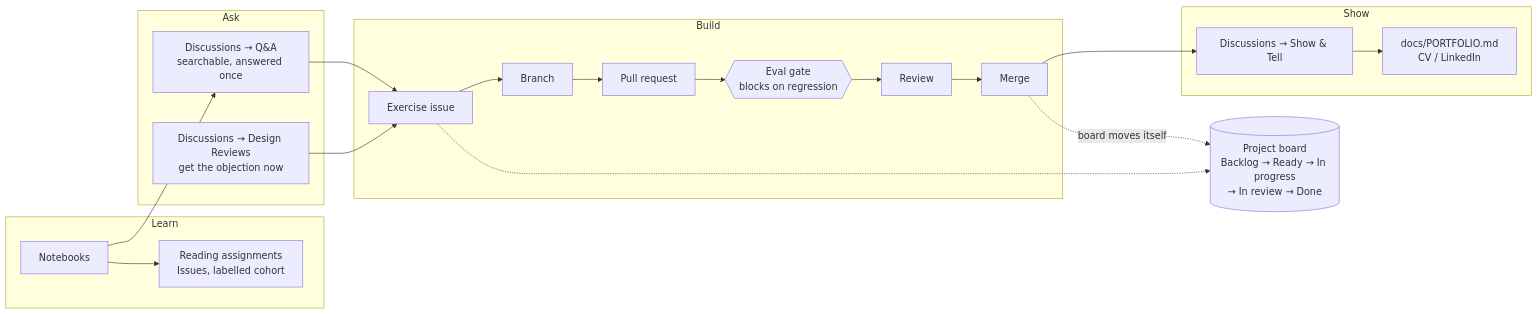
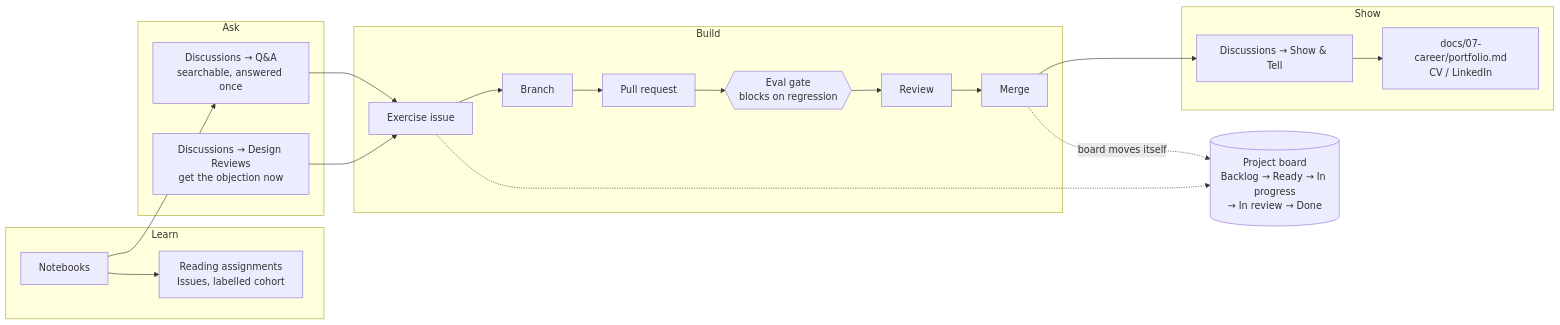
One commit to fde-academy-lab/advanced-rag-lab changed the eighth of 8 diagrams in README.md. Above: the diagram before and after it, drawn with Mermaid. The commit also changed other lines of this file and 45 other files, not shown here.

````diff
--- a/README.md
+++ b/README.md
@@ -478,26 +478,26 @@
 ```mermaid
 flowchart LR
     subgraph learn["Learn"]
         N[Notebooks] --> RD["Reading assignments<br/>Issues, labelled cohort"]
     end
     subgraph ask["Ask"]
         QA["Discussions → Q&amp;A<br/>searchable, answered once"]
         DR[Discussions → Design Reviews<br/>get the objection now]
     end
     subgraph build["Build"]
         EX[Exercise issue] --> BR[Branch] --> PR[Pull request]
         PR --> EG{{Eval gate<br/>blocks on regression}}
         EG --> RV[Review] --> M[Merge]
     end
     subgraph show["Show"]
         ST["Discussions → Show &amp; Tell"]
-        PF[docs/PORTFOLIO.md<br/>CV / LinkedIn]
+        PF[docs/07-career/portfolio.md<br/>CV / LinkedIn]
     end
     N --> QA
     QA --> EX
     DR --> EX
     M --> ST
     ST --> PF
     M -.->|board moves itself| BD[("Project board<br/>Backlog → Ready → In progress<br/>→ In review → Done")]
     EX -.-> BD
 ```
````
